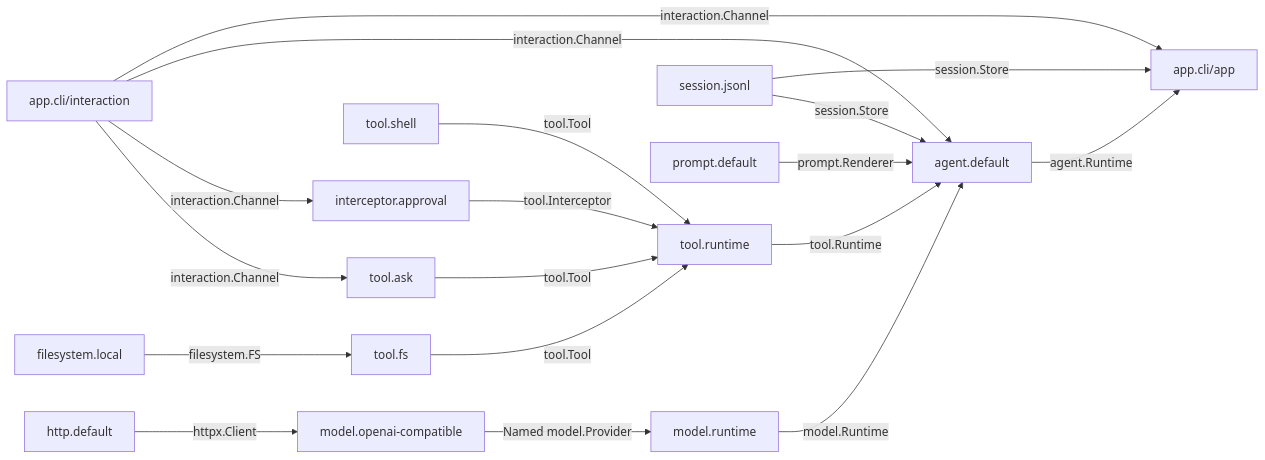
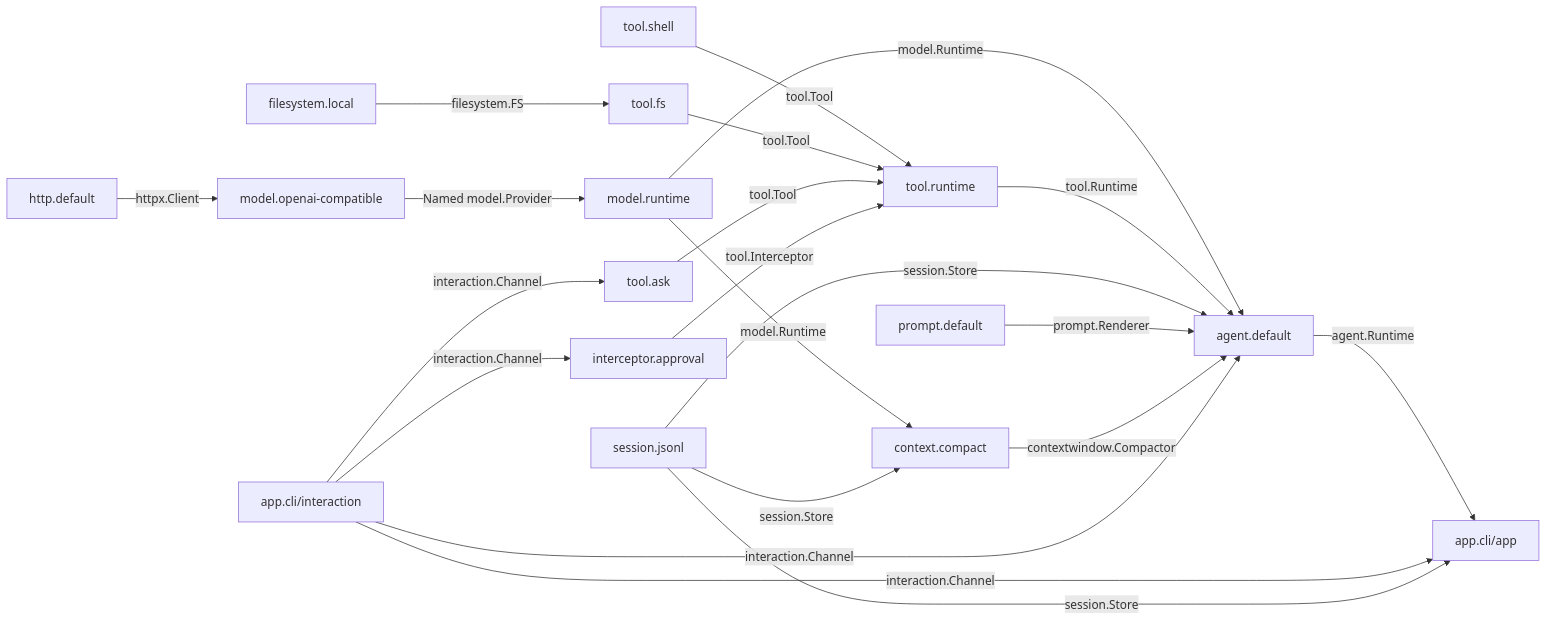
Before and after one commit to ingot-agent/ingot: the sixth of 7 diagrams in docs/ingot_架构设计_v0.3.md, drawn with Mermaid. The commit also changed other lines of this file and 5 other files, not shown here.

````diff
--- a/docs/ingot_架构设计_v0.3.md
+++ b/docs/ingot_架构设计_v0.3.md
@@ -483,24 +484,27 @@
 ```mermaid
 flowchart LR
     HTTP["http.default"] -->|httpx.Client| Provider["model.openai-compatible"]
     Provider -->|Named model.Provider| ModelRuntime["model.runtime"]
 
     LocalFS["filesystem.local"] -->|filesystem.FS| FSTool["tool.fs"]
     Shell["tool.shell"] -->|tool.Tool| ToolRuntime["tool.runtime"]
     FSTool -->|tool.Tool| ToolRuntime
     Ask["tool.ask"] -->|tool.Tool| ToolRuntime
     Approval["interceptor.approval"] -->|tool.Interceptor| ToolRuntime
 
     CLIChannel["app.cli/interaction"] -->|interaction.Channel| Ask
     CLIChannel -->|interaction.Channel| Approval
 
+    ModelRuntime -->|model.Runtime| Compactor["context.compact"]
     ModelRuntime -->|model.Runtime| Agent["agent.default"]
     ToolRuntime -->|tool.Runtime| Agent
     Session["session.jsonl"] -->|session.Store| Agent
+    Session -->|session.Store| Compactor
     Prompt["prompt.default"] -->|prompt.Renderer| Agent
+    Compactor -->|contextwindow.Compactor| Agent
     CLIChannel -->|interaction.Channel| Agent
 
     Agent -->|agent.Runtime| CLIApp["app.cli/app"]
     CLIChannel -->|interaction.Channel| CLIApp
     Session -->|session.Store| CLIApp
 ```
````
